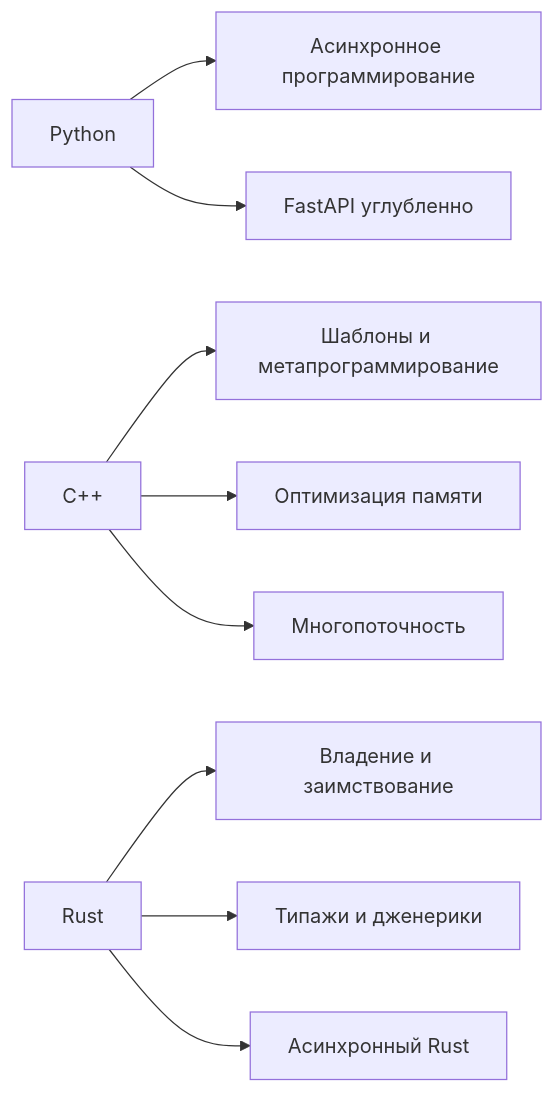
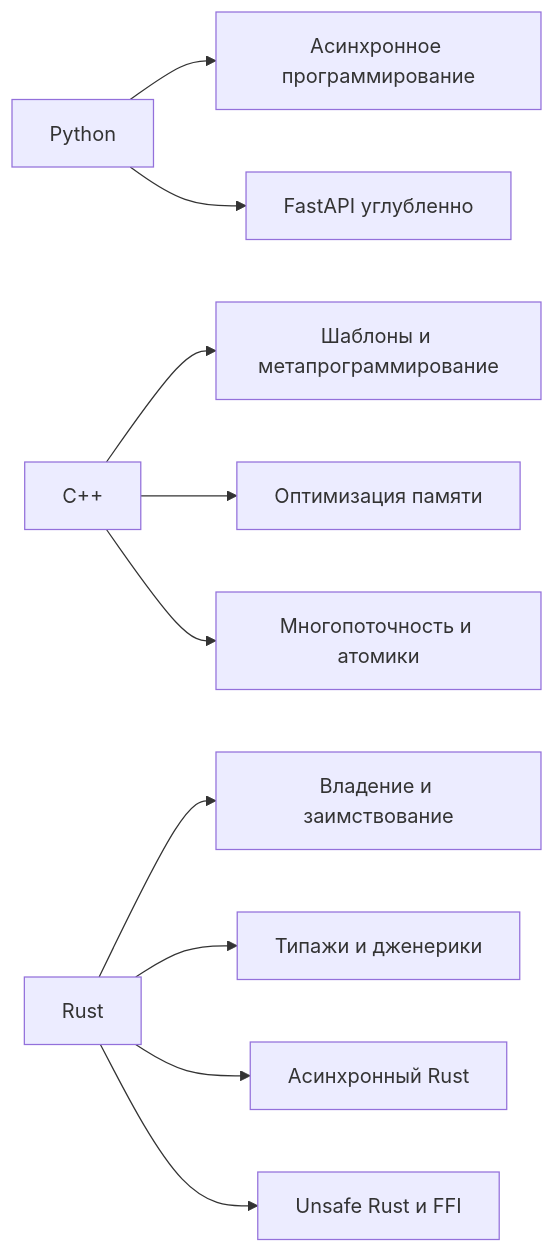
One commit to Lewis-star-alt/Lewis-star-alt changed the diagram in README.md. Above: the diagram before and after it, drawn with Mermaid. The commit also changed other lines of this file, not shown here.

````diff
--- a/README.md
+++ b/README.md
@@ -52,11 +60,12 @@
 ```mermaid
 graph LR
 A[Python] --> B[Асинхронное программирование]
 A --> C[FastAPI углубленно]
 D[C++] --> E[Шаблоны и метапрограммирование]
 D --> F[Оптимизация памяти]
-D --> G[Многопоточность]
+D --> G[Многопоточность и атомики]
 H[Rust] --> I[Владение и заимствование]
 H --> J[Типажи и дженерики]
 H --> K[Асинхронный Rust]
+H --> L[Unsafe Rust и FFI]
 ```
````
